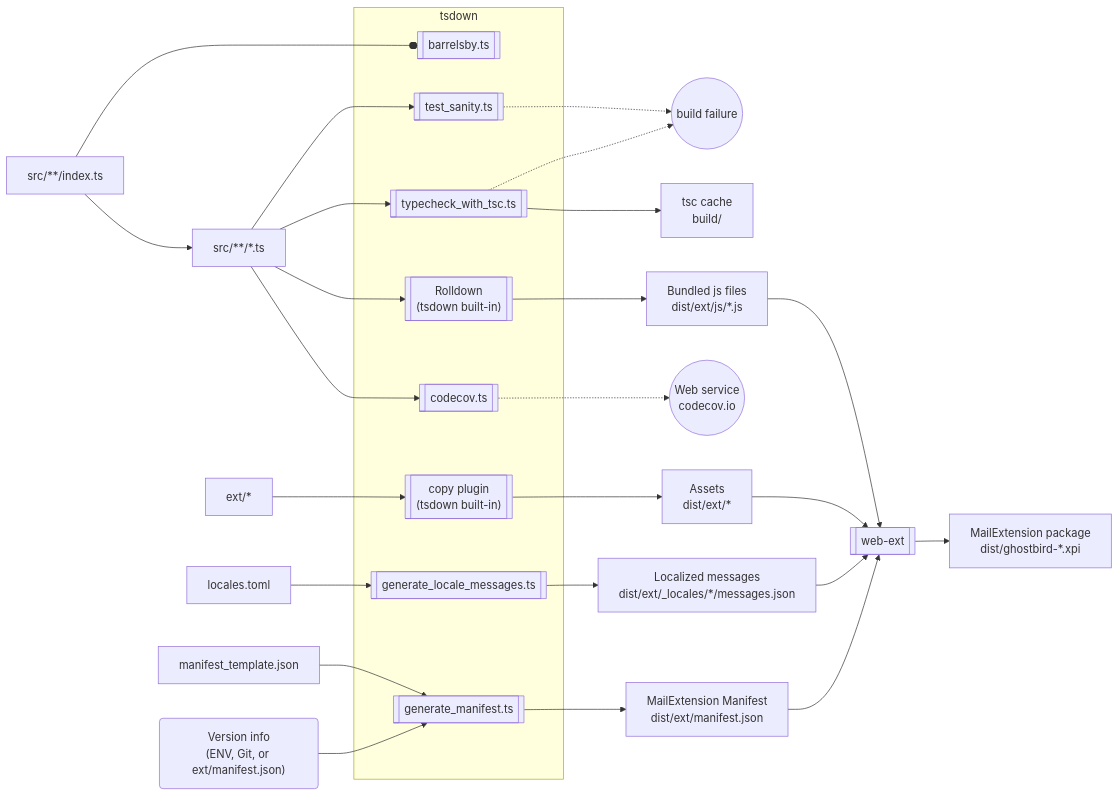
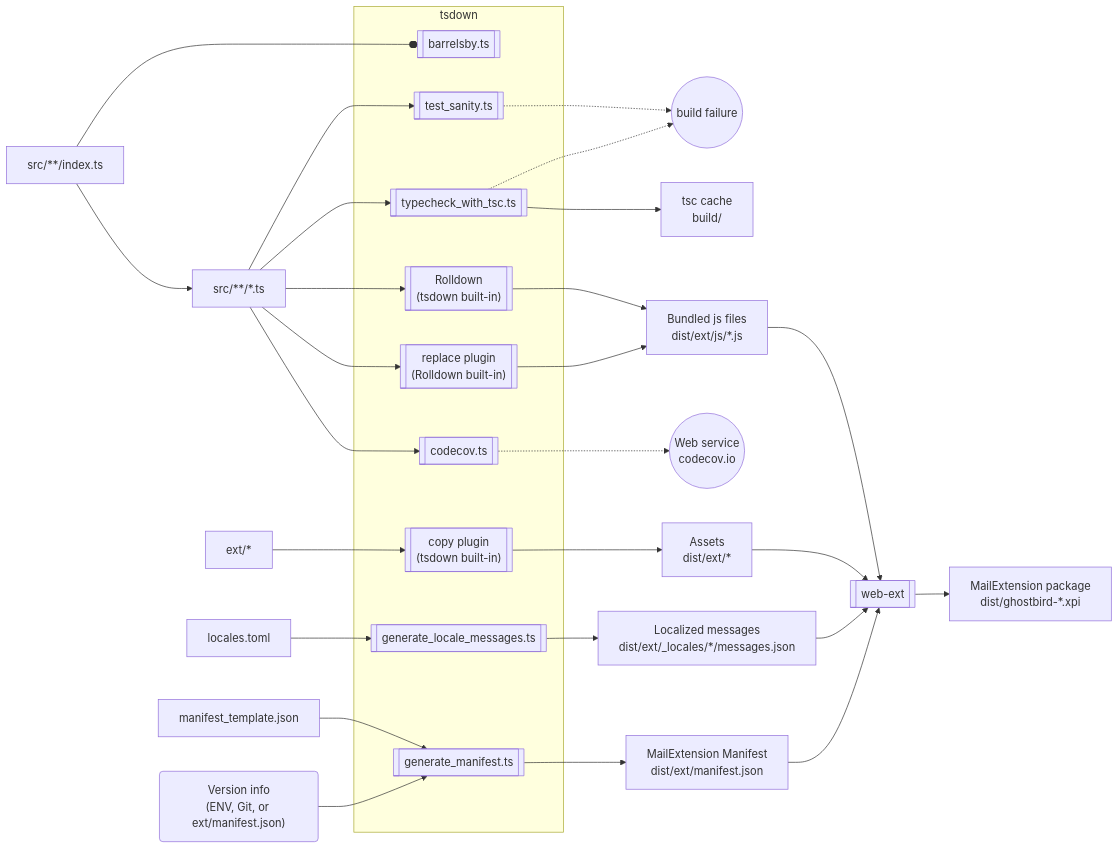
One commit to snipsnipsnip/ghostbird changed the diagram in doc/building.md. Above: the diagram before and after it, drawn with Mermaid. The commit also changed other lines of this file and 1 other file, not shown here.

````diff
--- a/doc/building.md
+++ b/doc/building.md
@@ -9,33 +9,34 @@
 ```mermaid
 graph LR
 
 ext_files["ext/*"]
 locales["locales.toml"]
 manifest_template["manifest_template.json"]
 version("Version info<br>(ENV, Git, or ext/manifest.json)")
 index_ts["src/**/index.ts"]
 ts["src/**/*.ts"]
 
 subgraph "tsdown"
   barrelsby[[barrelsby.ts]]
   test_sanity[[test_sanity.ts]]
   tsc[[typecheck_with_tsc.ts]]
   rolldown[["Rolldown<br>(tsdown built-in)"]]
-  tsdown_builtin[["copy plugin<br>(tsdown built-in)"]]
+  replace_plugin[["replace plugin<br>(Rolldown built-in)"]]
+  copy[["copy plugin<br>(tsdown built-in)"]]
   generate_locale_messages[[generate_locale_messages.ts]]
   generate_manifest[[generate_manifest.ts]]
   codecov[[codecov.ts]]
 end
 
 index_ts --o barrelsby
 index_ts --> ts
 ts --> test_sanity & tsc -.-> fail((build failure))
 tsc --> tsc_cache["tsc cache<br>build/"]
-ts --> rolldown --> js["Bundled js files<br>dist/ext/js/*.js"]
+ts --> rolldown & replace_plugin --> js["Bundled js files<br>dist/ext/js/*.js"]
 ts --> codecov -.-> codecovio((Web service<br>codecov.io))
-ext_files --> tsdown_builtin --> copied_ext_files["Assets<br>dist/ext/*"]
+ext_files --> copy --> copied_ext_files["Assets<br>dist/ext/*"]
 locales --> generate_locale_messages --> messages["Localized messages<br>dist/ext/_locales/*/messages.json"]
 manifest_template & version --> generate_manifest --> manifest["MailExtension Manifest<br>dist/ext/manifest.json"]
 
 js & copied_ext_files & messages & manifest --> web_ext[["web-ext"]] --> xpi["MailExtension package<br>dist/ghostbird-*.xpi"]
 ```
````
